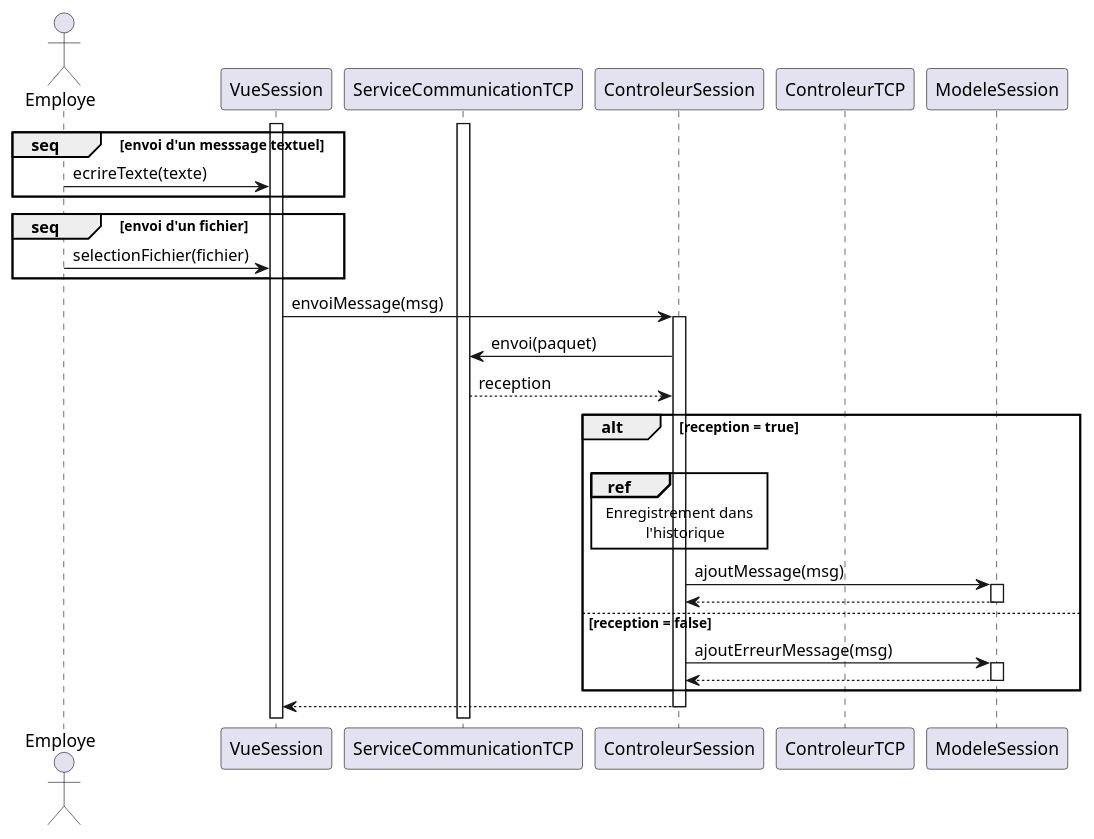
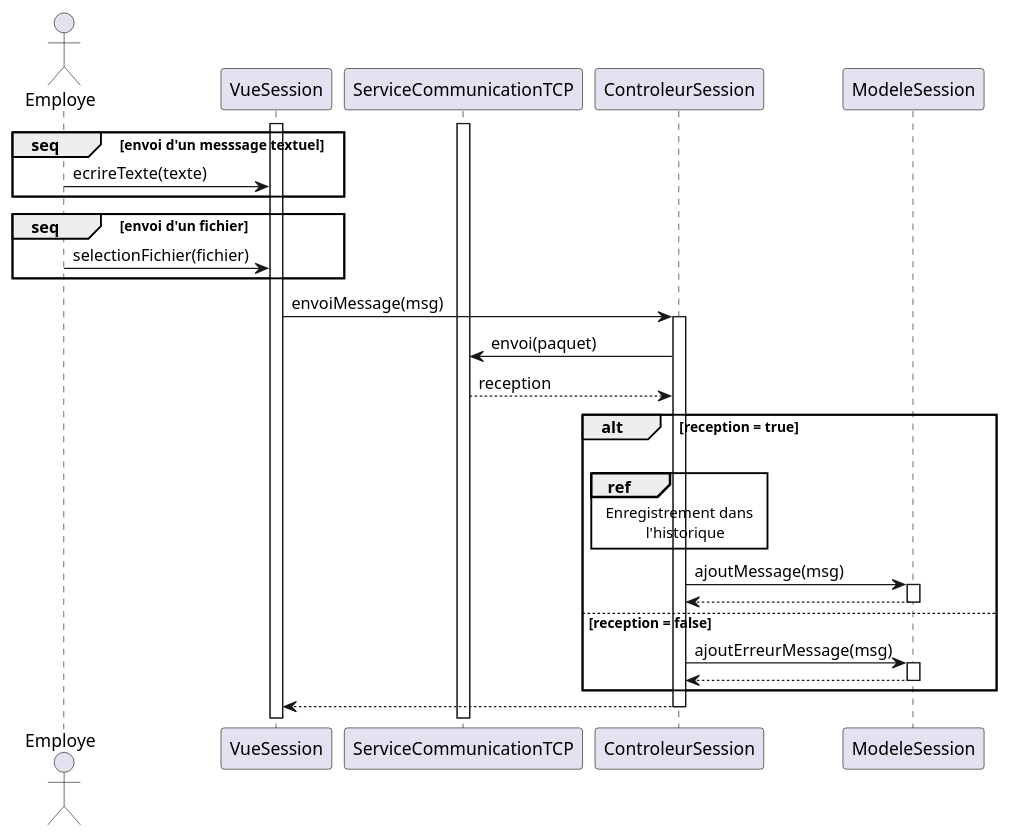
One commit to arc-hugo/clavardage_uml changed the diagram in sequence/envoi_message.wsd. Above: the diagram before and after it, drawn with PlantUML. The commit also changed 1 other file, not shown here.

Commit message:
conrrection controleur

```diff
--- a/sequence/envoi_message.wsd
+++ b/sequence/envoi_message.wsd
@@ -1,34 +1,33 @@
 @startuml envoi_message
 actor Employe
 activate VueSession
 activate ServiceCommunicationTCP
 group seq [envoi d'un messsage textuel]
     Employe -> VueSession : ecrireTexte(texte)
 end
 group seq [envoi d'un fichier]
     Employe -> VueSession : selectionFichier(fichier)
 end
 VueSession -> ControleurSession : envoiMessage(msg)
 activate ControleurSession
 ControleurSession -> ServiceCommunicationTCP : envoi(paquet)
 ServiceCommunicationTCP --> ControleurSession : reception
-deactivate ControleurTCP
 alt reception = true
     ControleurSession [hidden]-> ControleurSession
     ref over ControleurSession
         Enregistrement dans
             l'historique 
     end ref
     ControleurSession -> ModeleSession : ajoutMessage(msg)
     activate ModeleSession
     ModeleSession --> ControleurSession
     deactivate ModeleSession
 else reception = false
     ControleurSession -> ModeleSession : ajoutErreurMessage(msg)
     activate ModeleSession
     ModeleSession --> ControleurSession
     deactivate ModeleSession
 end
 ControleurSession --> VueSession
 deactivate ControleurSession
 @enduml
```
